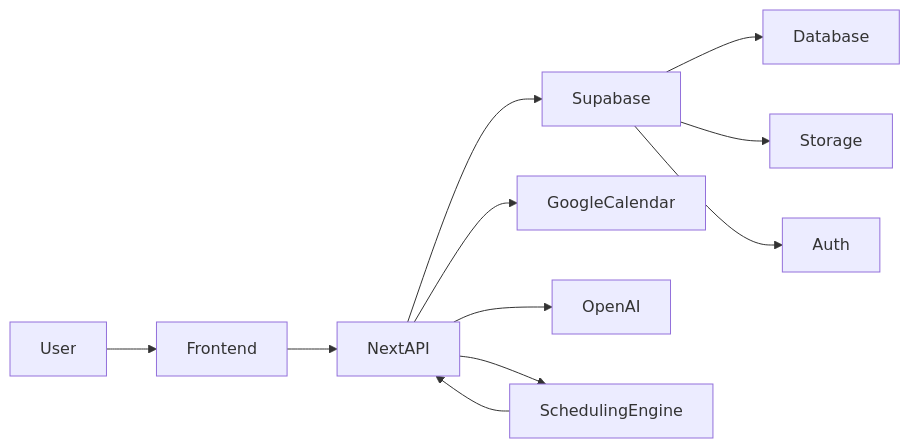
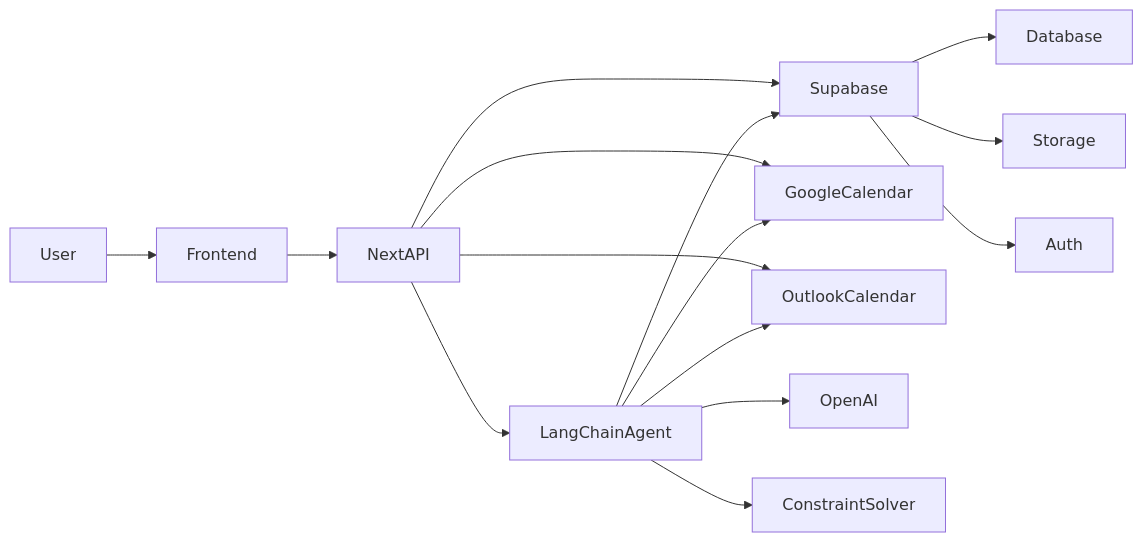
One commit to PWK-Innovations/stride changed the diagram in aiDocs/architecture.md. Above: the diagram before and after it, drawn with Mermaid. The commit also changed other lines of this file and 6 other files, not shown here.

````diff
--- a/aiDocs/architecture.md
+++ b/aiDocs/architecture.md
@@ -19,13 +25,17 @@
 ```mermaid
 flowchart LR
   User --> Frontend
   Frontend --> NextAPI
   NextAPI --> Supabase
   Supabase --> Database
   Supabase --> Storage
   Supabase --> Auth
   NextAPI --> GoogleCalendar
-  NextAPI --> OpenAI
-  NextAPI --> SchedulingEngine
-  SchedulingEngine --> NextAPI
+  NextAPI --> OutlookCalendar
+  NextAPI --> LangChainAgent
+  LangChainAgent --> OpenAI
+  LangChainAgent --> ConstraintSolver
+  LangChainAgent --> Supabase
+  LangChainAgent --> GoogleCalendar
+  LangChainAgent --> OutlookCalendar
 ```
````
